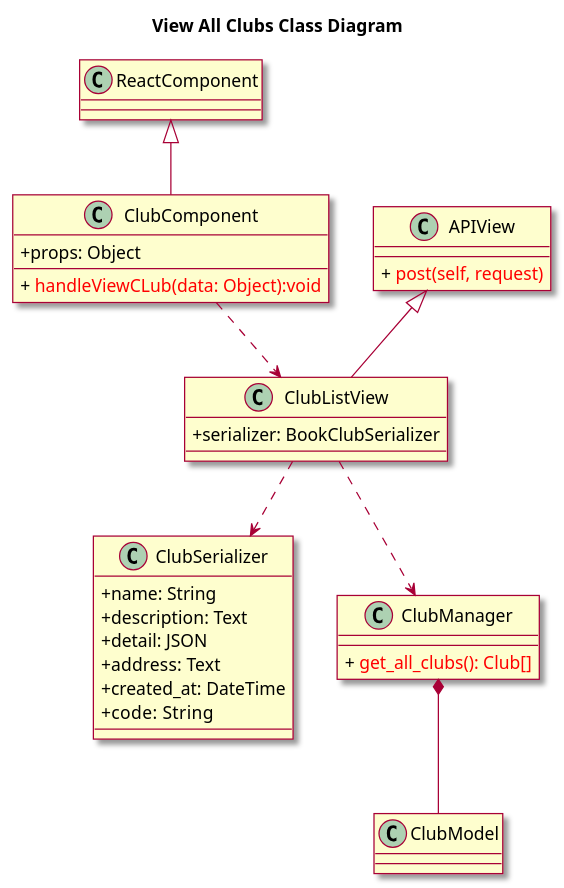
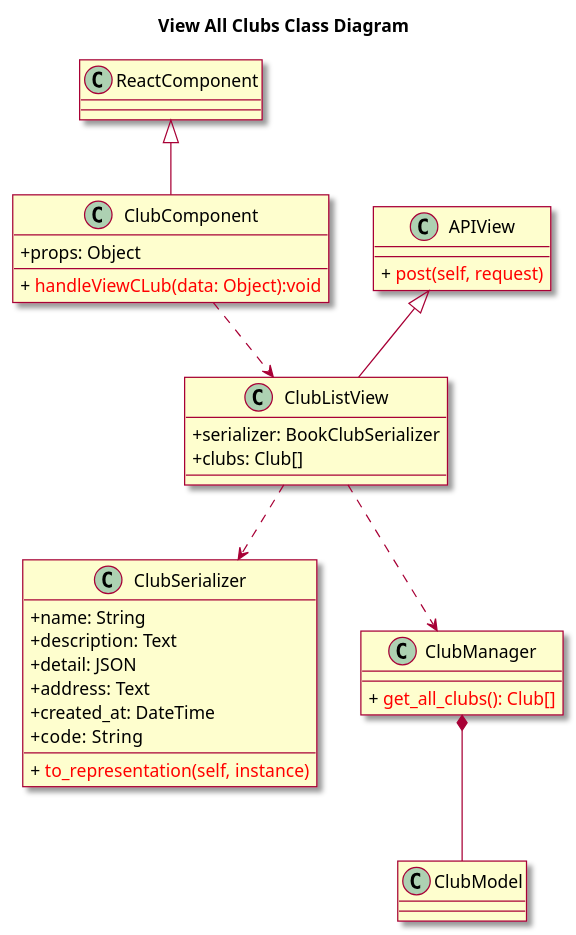
Before and after one commit to ljttl3q04t/Book-Over-There: the diagram in uml/class-view-all-club.wsd, drawn with PlantUML. The commit also changed 1 other file, not shown here.

```diff
--- a/uml/class-view-all-club.wsd
+++ b/uml/class-view-all-club.wsd
@@ -1,43 +1,45 @@
 @startuml
 skin rose
 skinparam classAttributeIconSize 0
 
 title View All Clubs Class Diagram
 class ReactComponent
 
 class ClubComponent{
     + props: Object
     + {method} <color:red> handleViewCLub(data: Object):void
 }
 
 class ClubListView{
     + serializer: BookClubSerializer
+    + clubs: Club[]
 }
 
 class APIView{
     + {method} <color:red> post(self, request)
 }
 
 class ClubSerializer{
     + name: String 
     + description: Text  
     + detail: JSON
     + address: Text
     + created_at: DateTime
     + code:  String
+    + {method} <color:red> to_representation(self, instance)
 }
 
 class ClubManager{
     + {method} <color: red> get_all_clubs(): Club[]
 }
 
 class ClubModel{
 }
 
 ReactComponent <|-- ClubComponent
 APIView <|-- ClubListView
 ClubComponent ..> ClubListView
 ClubListView ..> ClubSerializer
 ClubListView ..> ClubManager
 ClubManager *-- ClubModel
 @enduml
```
